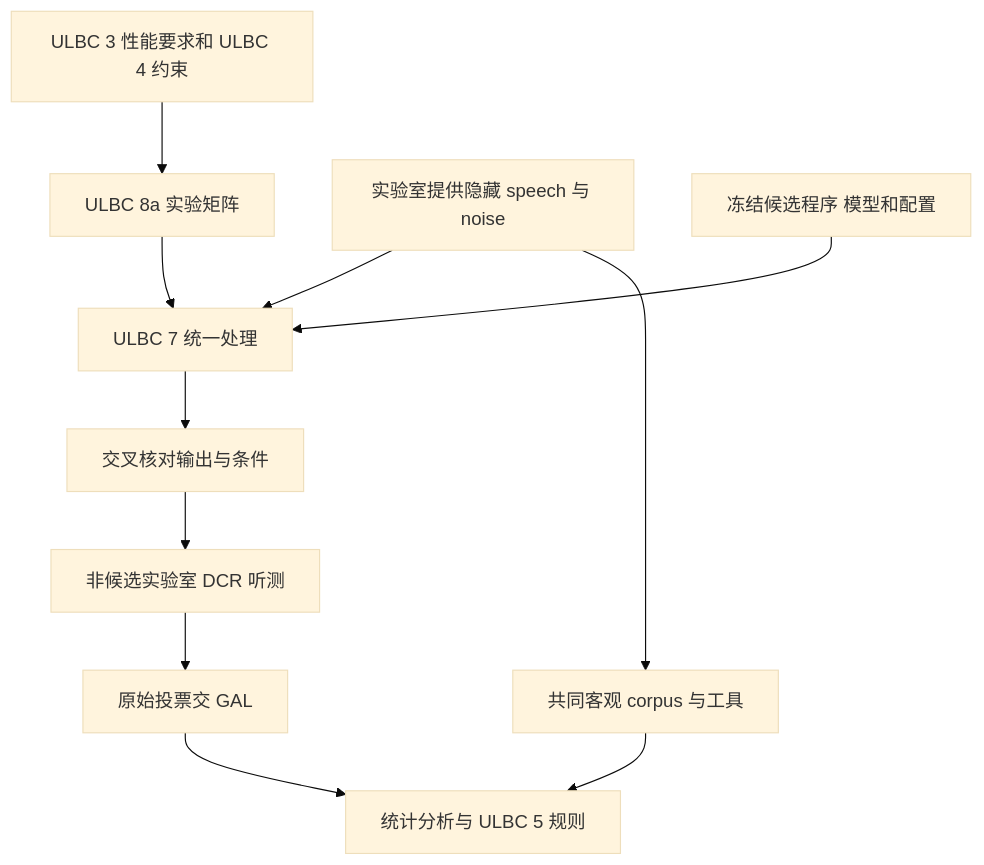
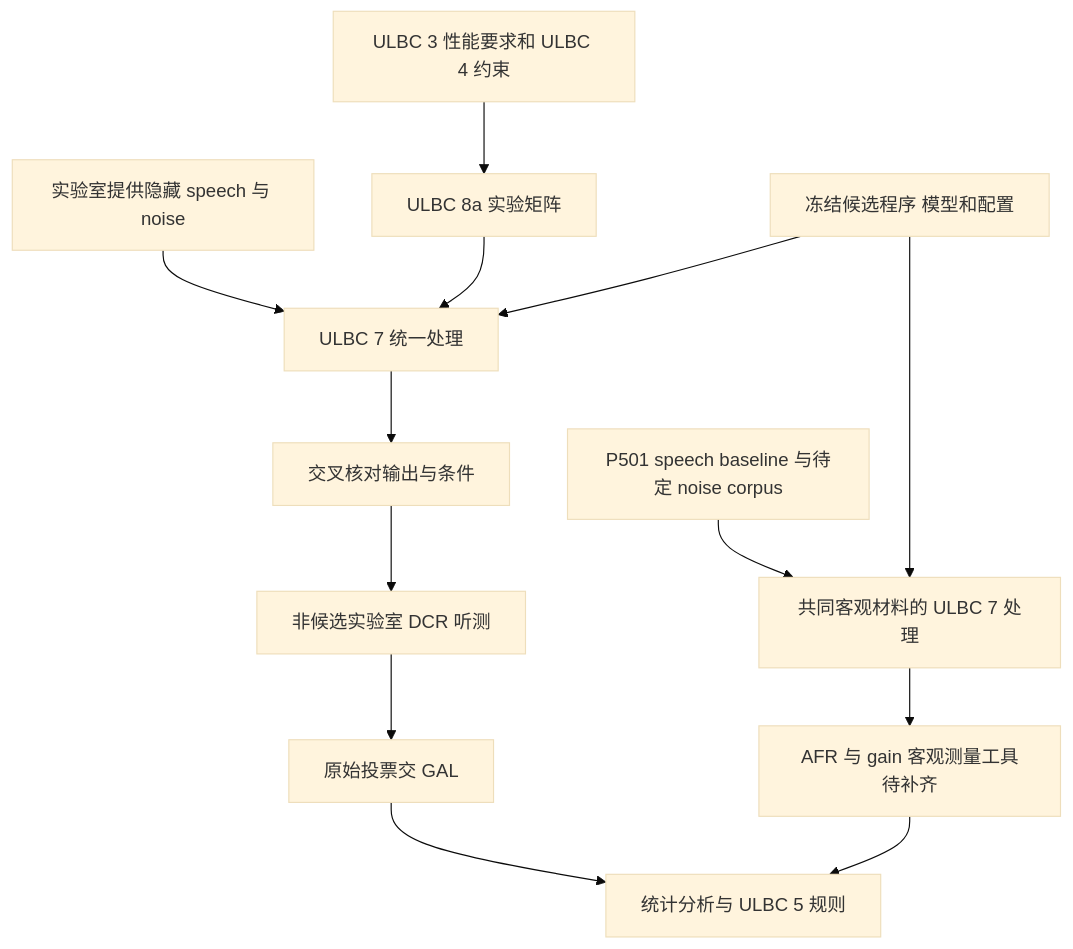
One commit to 20050710212/ULBC changed the diagram in ULBC-MED_AH_Sept_2026/analysis/remaining_topics/Topic07_testing_and_processing.md. Above: the diagram before and after it, drawn with Mermaid (base theme). The commit also changed other lines of this file and 20 other files, not shown here.

````diff
--- a/ULBC-MED_AH_Sept_2026/analysis/remaining_topics/Topic07_testing_and_processing.md
+++ b/ULBC-MED_AH_Sept_2026/analysis/remaining_topics/Topic07_testing_and_processing.md
@@ -28,13 +31,15 @@
 ```mermaid
 flowchart TD
   R[ULBC 3 性能要求和 ULBC 4 约束] --> T[ULBC 8a 实验矩阵]
   D[实验室提供隐藏 speech 与 noise] --> P[ULBC 7 统一处理]
   T --> P
   C[冻结候选程序 模型和配置] --> P
   P --> X[交叉核对输出与条件]
   X --> L[非候选实验室 DCR 听测]
   L --> G[原始投票交 GAL]
   G --> S[统计分析与 ULBC 5 规则]
-  D --> O[共同客观 corpus 与工具]
-  O --> S
+  OD[P501 speech baseline 与待定 noise corpus] --> O[共同客观材料的 ULBC 7 处理]
+  C --> O
+  O --> OM[AFR 与 gain 客观测量工具待补齐]
+  OM --> S
 ```
````
